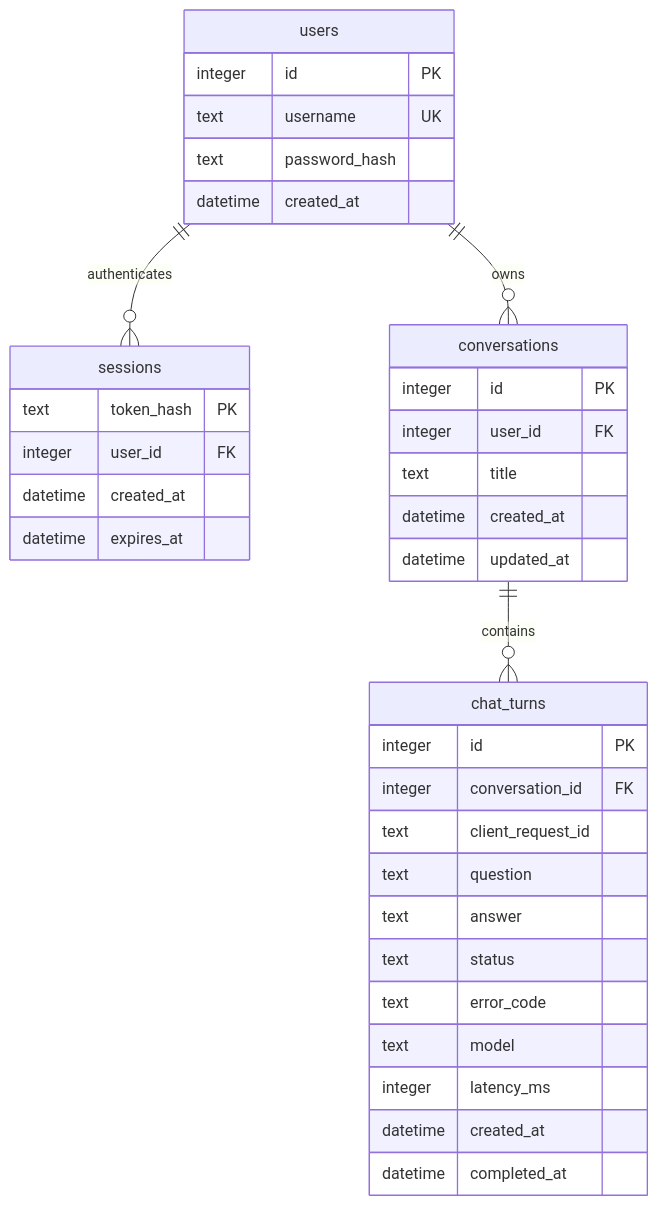
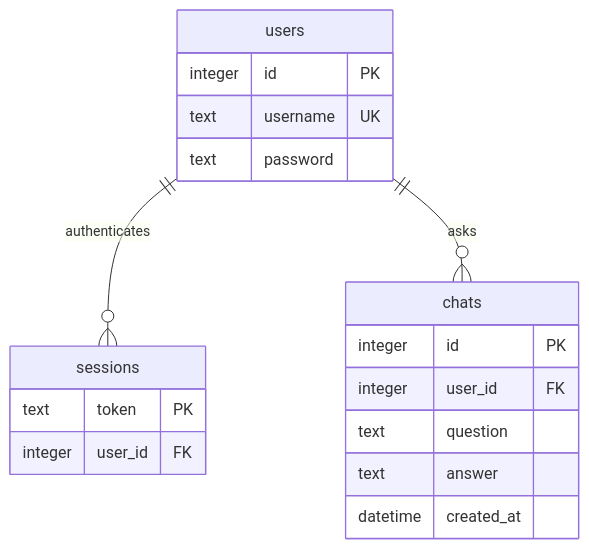
One commit to 1st0Groom/B7-1 changed the second of 3 diagrams in docs/design.md. Above: the diagram before and after it, drawn with Mermaid. The commit also changed other lines of this file and 80 other files, not shown here.

````diff
--- a/docs/design.md
+++ b/docs/design.md
@@ -129,38 +56,21 @@
 ```mermaid
 erDiagram
     users ||--o{ sessions : authenticates
-    users ||--o{ conversations : owns
-    conversations ||--o{ chat_turns : contains
+    users ||--o{ chats : asks
     users {
         integer id PK
         text username UK
-        text password_hash
+        text password
+    }
+    sessions {
+        text token PK
+        integer user_id FK
+    }
+    chats {
+        integer id PK
+        integer user_id FK
+        text question
+        text answer
         datetime created_at
     }
-    sessions {
-        text token_hash PK
-        integer user_id FK
-        datetime created_at
-        datetime expires_at
-    }
-    conversations {
-        integer id PK
-        integer user_id FK
-        text title
-        datetime created_at
-        datetime updated_at
-    }
-    chat_turns {
-        integer id PK
-        integer conversation_id FK
-        text client_request_id
-        text question
-        text answer
-        text status
-        text error_code
-        text model
-        integer latency_ms
-        datetime created_at
-        datetime completed_at
-    }
 ```
````
